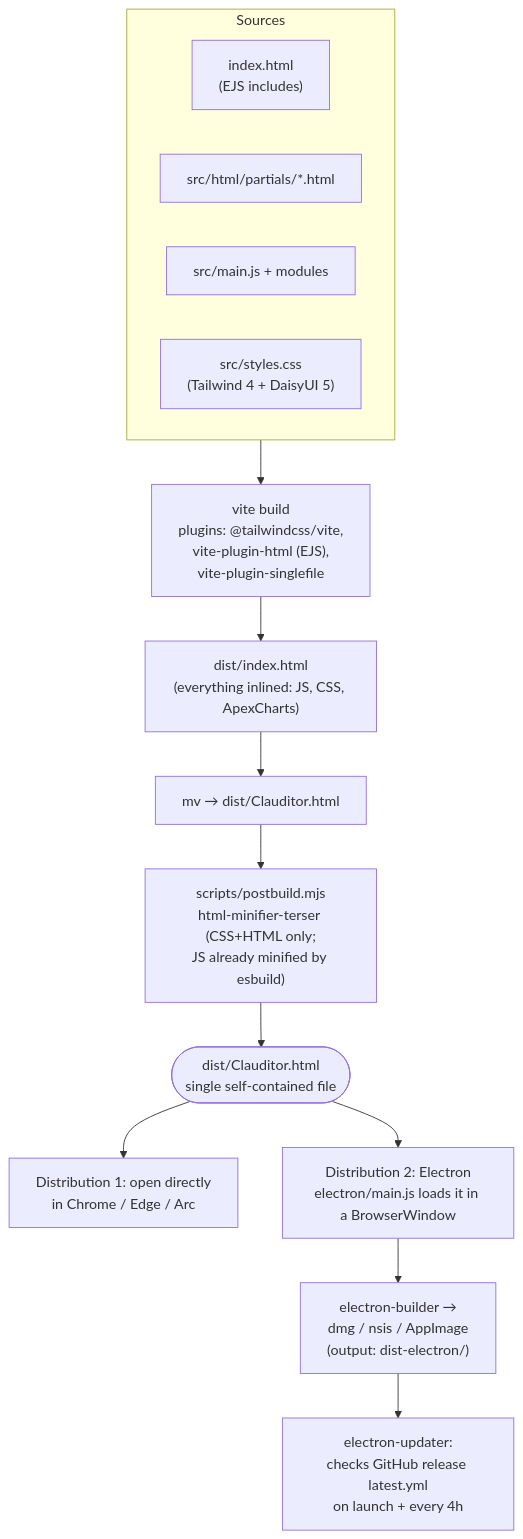
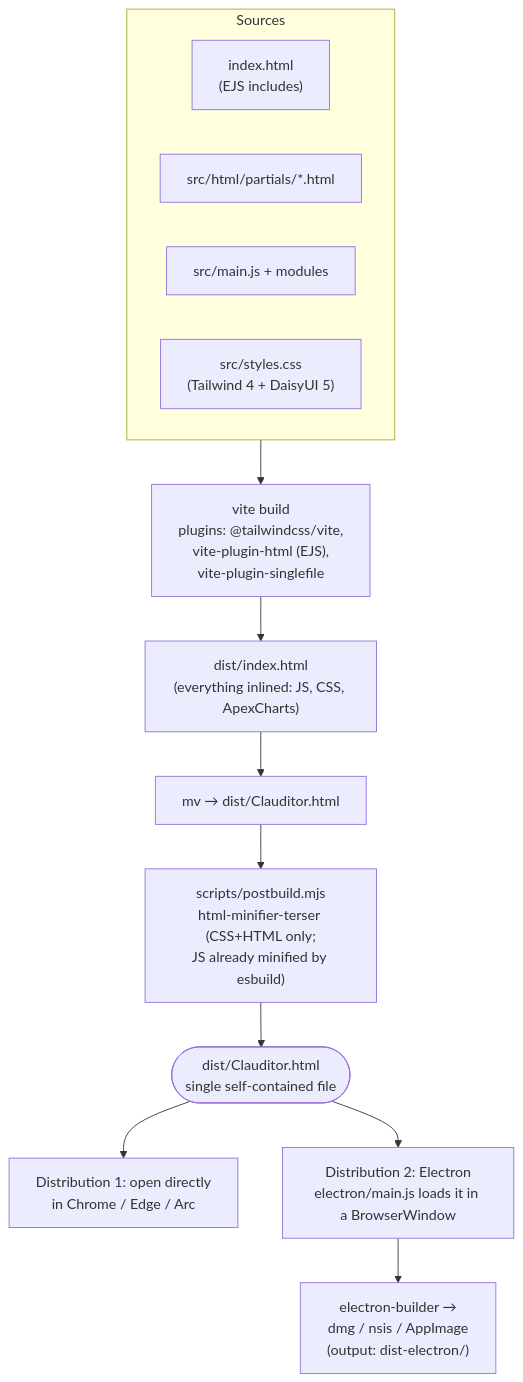
One commit to Procisz/clauditor changed the fifth of 5 diagrams in ARCHITECTURE.md. Above: the diagram before and after it, drawn with Mermaid. The commit also changed other lines of this file and 29 other files, not shown here.

````diff
--- a/ARCHITECTURE.md
+++ b/ARCHITECTURE.md
@@ -144,20 +147,19 @@
 ```mermaid
 flowchart TD
     subgraph sources["Sources"]
         idx["index.html<br/>(EJS includes)"]
         partials["src/html/partials/*.html"]
         js["src/main.js + modules"]
         css["src/styles.css<br/>(Tailwind 4 + DaisyUI 5)"]
     end
 
     sources --> vite["vite build<br/>plugins: @tailwindcss/vite,<br/>vite-plugin-html (EJS),<br/>vite-plugin-singlefile"]
     vite --> one["dist/index.html<br/>(everything inlined: JS, CSS, ApexCharts)"]
     one --> mv["mv → dist/Clauditor.html"]
     mv --> post["scripts/postbuild.mjs<br/>html-minifier-terser (CSS+HTML only;<br/>JS already minified by esbuild)"]
     post --> artifact(["dist/Clauditor.html<br/>single self-contained file"])
 
     artifact --> browser["Distribution 1: open directly<br/>in Chrome / Edge / Arc"]
     artifact --> electron["Distribution 2: Electron<br/>electron/main.js loads it in a BrowserWindow"]
     electron --> builder["electron-builder →<br/>dmg / nsis / AppImage<br/>(output: dist-electron/)"]
-    builder --> updater["electron-updater:<br/>checks GitHub release latest.yml<br/>on launch + every 4h"]
 ```
````
